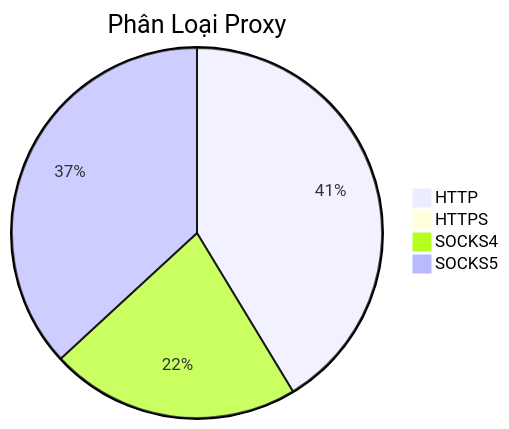
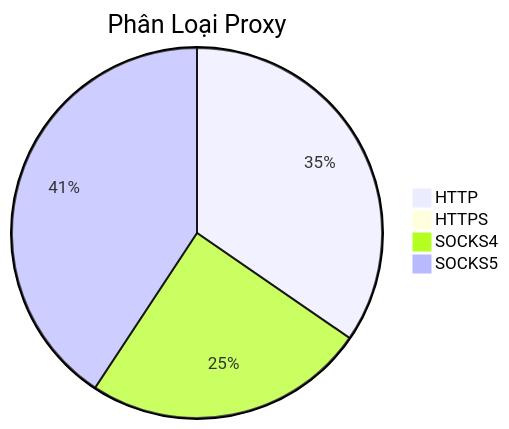
The diagram in README.md (Ciara-12/PROXY-free), drawn with Mermaid before and after one commit. The commit also changed other lines of this file and 3 other files, not shown here.

````diff
--- a/README.md
+++ b/README.md
@@ -26,7 +26,7 @@
 ```mermaid
 pie title Phân Loại Proxy
-    "HTTP" : 360
+    "HTTP" : 265
     "HTTPS" : 0
-    "SOCKS4" : 190
-    "SOCKS5" : 321
+    "SOCKS4" : 189
+    "SOCKS5" : 312
 ```
````
